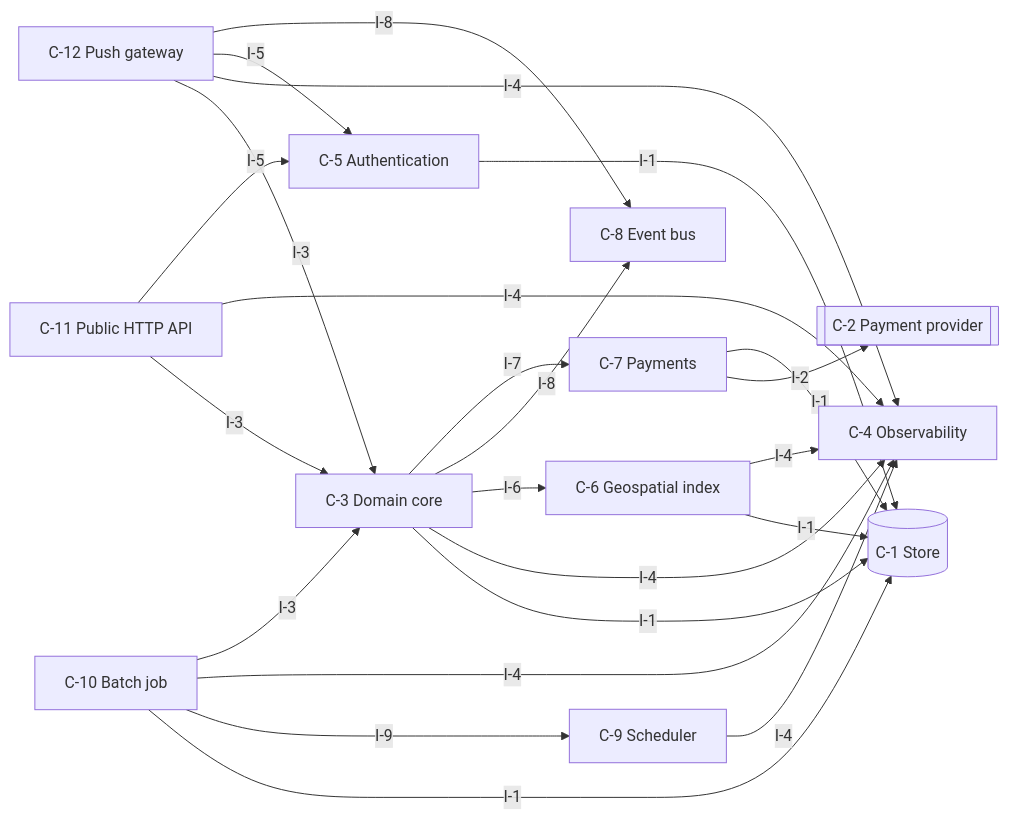
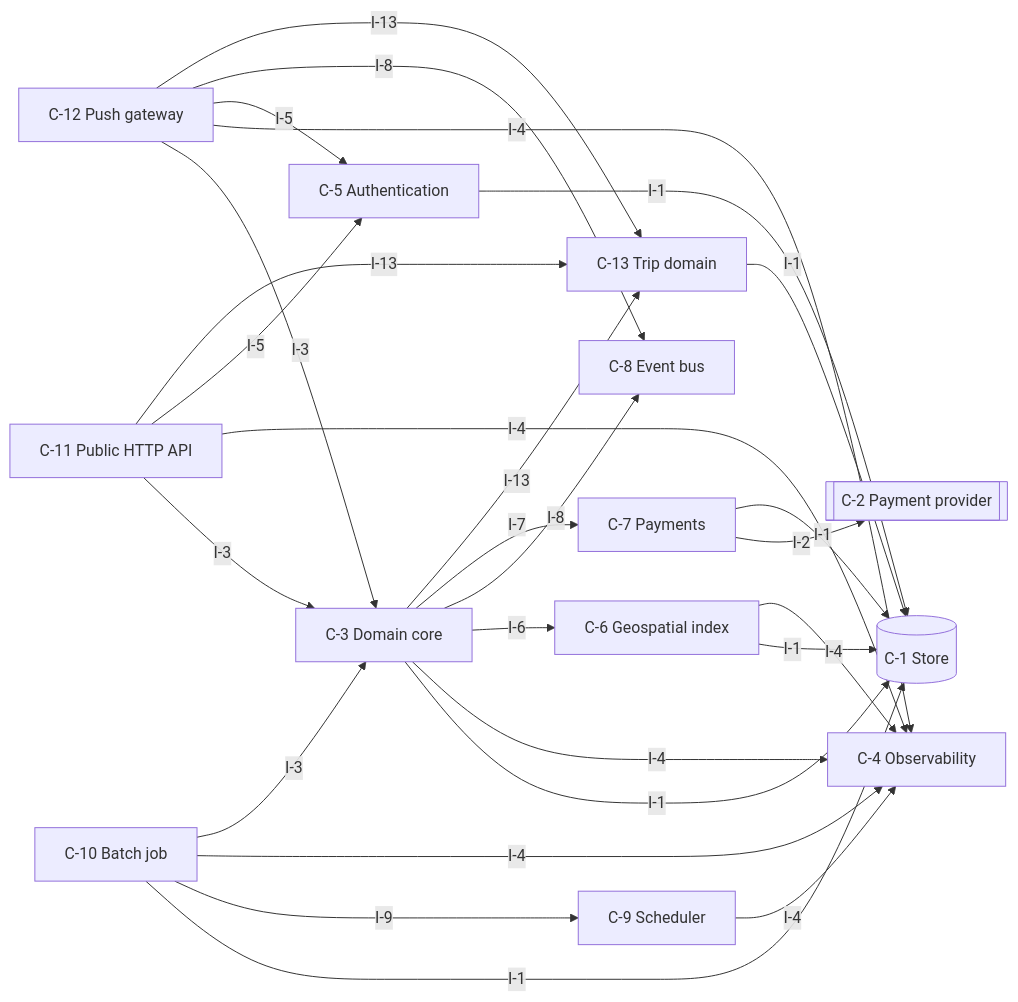
Before and after one commit to yui9696/sekkei: the first of 3 diagrams in examples/eval/ride.DESIGN.md, drawn with Mermaid. The commit also changed other lines of this file and 39 other files, not shown here.

````diff
--- a/examples/eval/ride.DESIGN.md
+++ b/examples/eval/ride.DESIGN.md
@@ -46,37 +46,42 @@
 ```mermaid
 graph LR
   C_1[("C-1 Store")]
   C_2[["C-2 Payment provider"]]
   C_3["C-3 Domain core"]
   C_4["C-4 Observability"]
   C_5["C-5 Authentication"]
   C_6["C-6 Geospatial index"]
   C_7["C-7 Payments"]
   C_8["C-8 Event bus"]
   C_9["C-9 Scheduler"]
   C_10["C-10 Batch job"]
   C_11["C-11 Public HTTP API"]
   C_12["C-12 Push gateway"]
+  C_13["C-13 Trip domain"]
   C_3 -->|I-1| C_1
   C_3 -->|I-4| C_4
   C_3 -->|I-6| C_6
   C_3 -->|I-8| C_8
   C_3 -->|I-7| C_7
+  C_3 -->|I-13| C_13
   C_5 -->|I-1| C_1
   C_6 -->|I-1| C_1
   C_6 -->|I-4| C_4
   C_7 -->|I-2| C_2
   C_7 -->|I-1| C_1
   C_9 -->|I-4| C_4
   C_10 -->|I-1| C_1
   C_10 -->|I-9| C_9
   C_10 -->|I-4| C_4
   C_10 -->|I-3| C_3
   C_11 -->|I-3| C_3
   C_11 -->|I-4| C_4
   C_11 -->|I-5| C_5
+  C_11 -->|I-13| C_13
   C_12 -->|I-3| C_3
   C_12 -->|I-4| C_4
   C_12 -->|I-5| C_5
   C_12 -->|I-8| C_8
+  C_12 -->|I-13| C_13
+  C_13 -->|I-1| C_1
 ```
````
